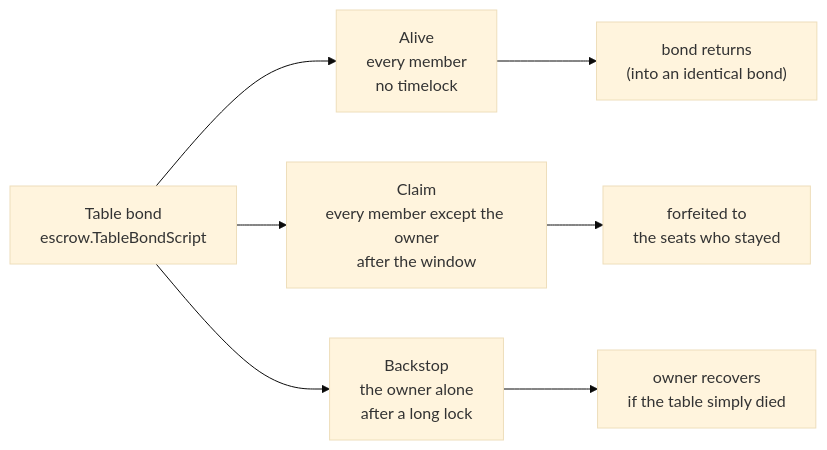
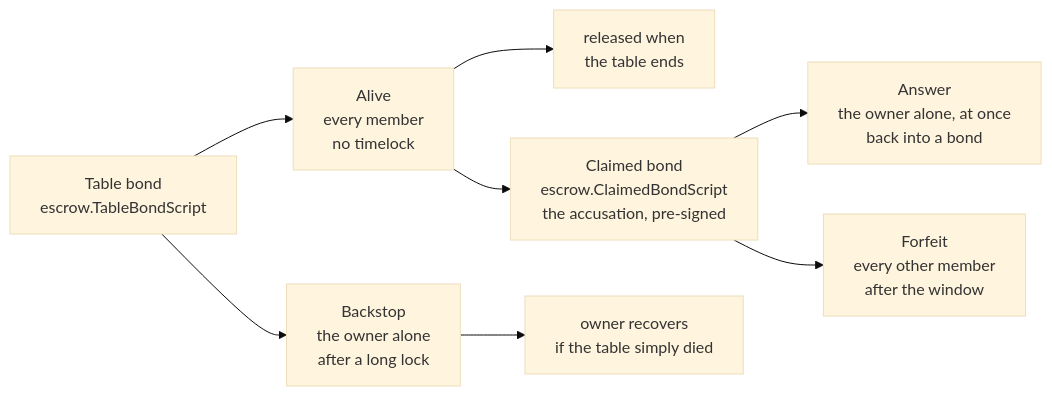
One commit to karamble/dcrpoker changed the second of 5 diagrams in docs/trust-model.md. Above: the diagram before and after it, drawn with Mermaid (base theme). The commit also changed other lines of this file and 7 other files, not shown here.

````diff
--- a/docs/trust-model.md
+++ b/docs/trust-model.md
@@ -127,11 +127,13 @@
 ```mermaid
 flowchart LR
     bond["Table bond<br/>escrow.TableBondScript"]
     bond --> alive["Alive<br/>every member<br/>no timelock"]
-    bond --> claim["Claim<br/>every member except the owner<br/>after the window"]
     bond --> backstop["Backstop<br/>the owner alone<br/>after a long lock"]
 
-    alive --> back["bond returns<br/>(into an identical bond)"]
-    claim --> forfeit["forfeited to<br/>the seats who stayed"]
-    backstop --> back2["owner recovers<br/>if the table simply died"]
+    alive --> released["released when<br/>the table ends"]
+    alive --> claimed["Claimed bond<br/>escrow.ClaimedBondScript<br/>the accusation, pre-signed"]
+    backstop --> recover["owner recovers<br/>if the table simply died"]
+
+    claimed --> answered["Answer<br/>the owner alone, at once<br/>back into a bond"]
+    claimed --> taken["Forfeit<br/>every other member<br/>after the window"]
 ```
````
